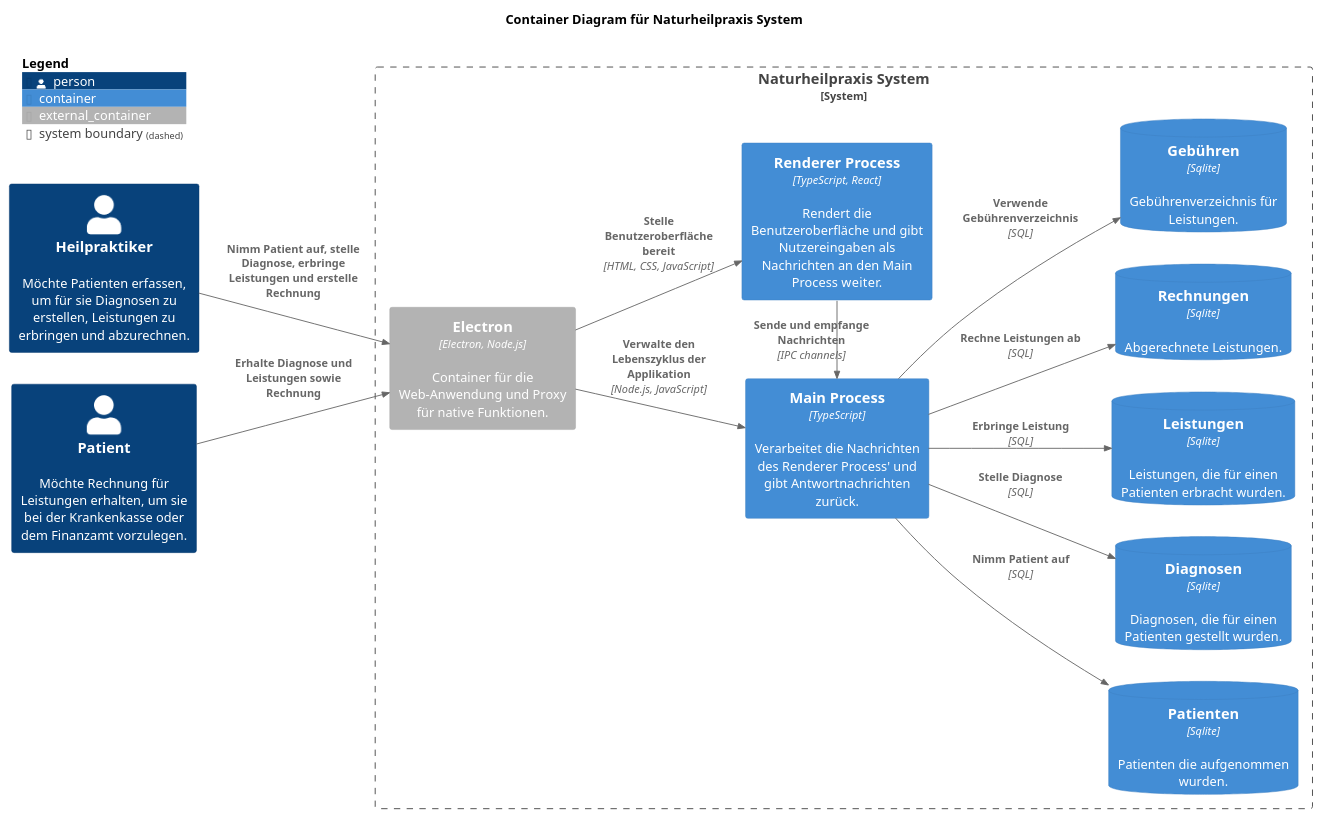
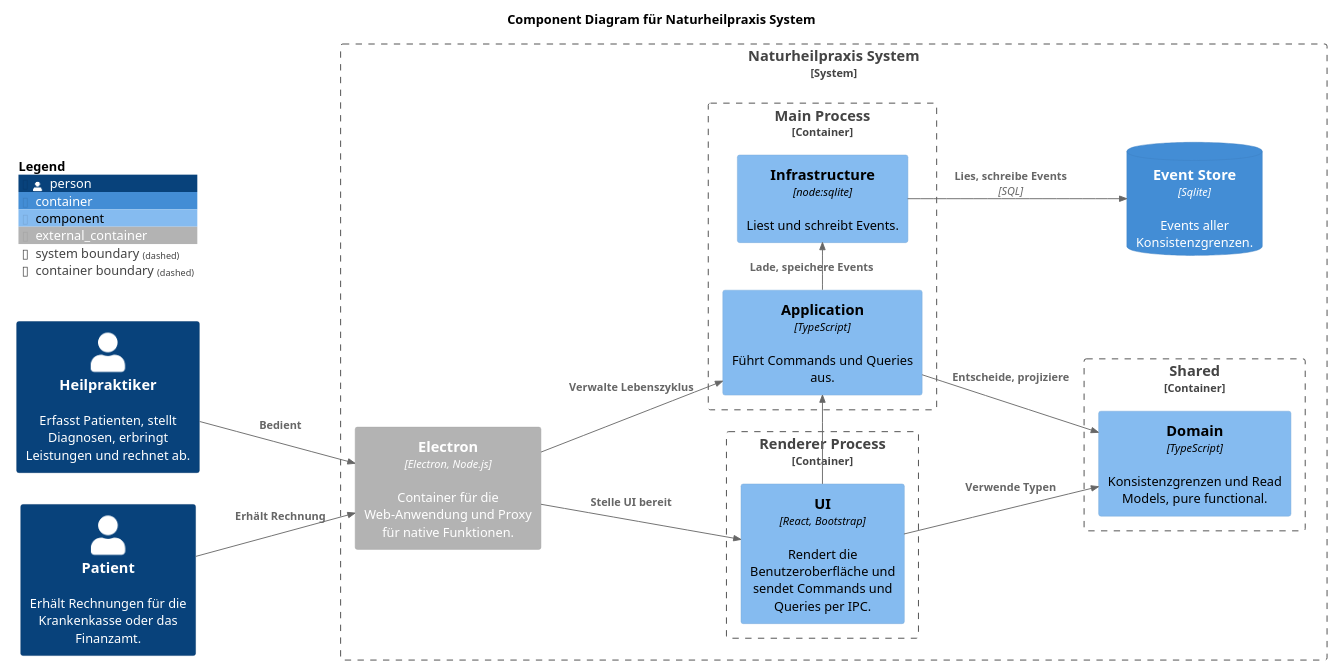
Before and after one commit to falkoschumann/naturheilpraxis: the diagram in docs/images/components.puml, drawn with PlantUML. The commit also changed 4 other files, not shown here.

First line of the commit message:
docs: add MVP backlog and align architecture docs with event store

```diff
--- a/docs/images/components.puml
+++ b/docs/images/components.puml
@@ -1,36 +1,43 @@
 @startuml
 !include https://raw.githubusercontent.com/plantuml-stdlib/C4-PlantUML/master/C4_Component.puml
 
-LAYOUT_LANDSCAPE()
+LAYOUT_LEFT_RIGHT()
 
-title "Container Diagram für Naturheilpraxis System"
+title "Component Diagram für Naturheilpraxis System"
 
-Person(heilpraktiker, "Heilpraktiker", "Möchte Patienten erfassen, um für sie Diagnosen zu erstellen, Leistungen zu erbringen und abzurechnen.")
-Person(patient, "Patient", "Möchte Rechnung für Leistungen erhalten, um sie bei der Krankenkasse oder dem Finanzamt vorzulegen.")
+Person(heilpraktiker, "Heilpraktiker", "Erfasst Patienten, stellt Diagnosen, erbringt Leistungen und rechnet ab.")
+Person(patient, "Patient", "Erhält Rechnungen für die Krankenkasse oder das Finanzamt.")
 
 System_Boundary(naturheilpraxis, "Naturheilpraxis System") {
   Container_Ext(electron, "Electron", "Electron, Node.js", "Container für die Web-Anwendung und Proxy für native Funktionen.")
-  Container(rendererProcess, "Renderer Process", "TypeScript, React", "Rendert die Benutzeroberfläche und gibt Nutzereingaben als Nachrichten an den Main Process weiter.")
-  Container(mainProcess, "Main Process", "TypeScript", "Verarbeitet die Nachrichten des Renderer Process' und gibt Antwortnachrichten zurück.")
-  ContainerDb(patienten, "Patienten", "Sqlite", "Patienten die aufgenommen wurden.")
-  ContainerDb(diagnosen, "Diagnosen", "Sqlite", "Diagnosen, die für einen Patienten gestellt wurden.")
-  ContainerDb(leistungen, "Leistungen", "Sqlite", "Leistungen, die für einen Patienten erbracht wurden.")
-  ContainerDb(rechnungen, "Rechnungen", "Sqlite", "Abgerechnete Leistungen.")
-  ContainerDb(gebuehren, "Gebühren", "Sqlite", "Gebührenverzeichnis für Leistungen.")
 
+  Container_Boundary(rendererProcess, "Renderer Process") {
+    Component(ui, "UI", "React, Bootstrap", "Rendert die Benutzeroberfläche und sendet Commands und Queries per IPC.")
+  }
 
-  Rel(electron, rendererProcess, "Stelle Benutzeroberfläche bereit", "HTML, CSS, JavaScript")
-  Rel(electron, mainProcess, "Verwalte den Lebenszyklus der Applikation", "Node.js, JavaScript")
-  Rel_Up(rendererProcess, mainProcess, "Sende und empfange Nachrichten", "IPC channels")
-  Rel(mainProcess, patienten, "Nimm Patient auf", "SQL")
-  Rel(mainProcess, diagnosen, "Stelle Diagnose", "SQL")
-  Rel(mainProcess, leistungen, "Erbringe Leistung", "SQL")
-  Rel(mainProcess, rechnungen, "Rechne Leistungen ab", "SQL")
-  Rel(mainProcess, gebuehren, "Verwende Gebührenverzeichnis", "SQL")
+  Container_Boundary(mainProcess, "Main Process") {
+    Component(application, "Application", "TypeScript", "Führt Commands und Queries aus.")
+    Component(infrastructure, "Infrastructure", "node:sqlite", "Liest und schreibt Events.")
+  }
+
+  Container_Boundary(shared, "Shared") {
+    Component(domain, "Domain", "TypeScript", "Konsistenzgrenzen und Read Models, pure functional.")
+  }
+
+  ContainerDb(eventStore, "Event Store", "Sqlite", "Events aller Konsistenzgrenzen.")
+
+  Rel(electron, ui, "Stelle UI bereit")
+  Rel(electron, application, "Verwalte Lebenszyklus")
+  ' In the left-to-right layout Rel_R stacks the elements vertically.
+  Rel_R(ui, application, "")
+  Rel(ui, domain, "Verwende Typen")
+  Rel(application, domain, "Entscheide, projiziere")
+  Rel_R(application, infrastructure, "Lade, speichere Events")
+  Rel(infrastructure, eventStore, "Lies, schreibe Events", "SQL")
 }
 
-Rel(heilpraktiker, electron, "Nimm Patient auf, stelle Diagnose, erbringe Leistungen und erstelle Rechnung")
-Rel(patient, electron, "Erhalte Diagnose und Leistungen sowie Rechnung")
+Rel(heilpraktiker, electron, "Bedient")
+Rel(patient, electron, "Erhält Rechnung")
 
 SHOW_FLOATING_LEGEND()
 @enduml
```
